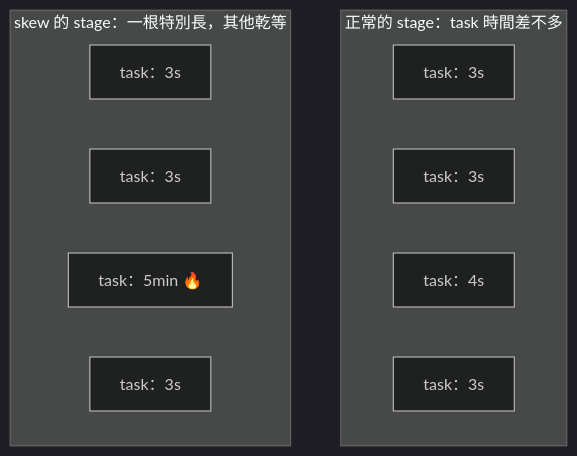
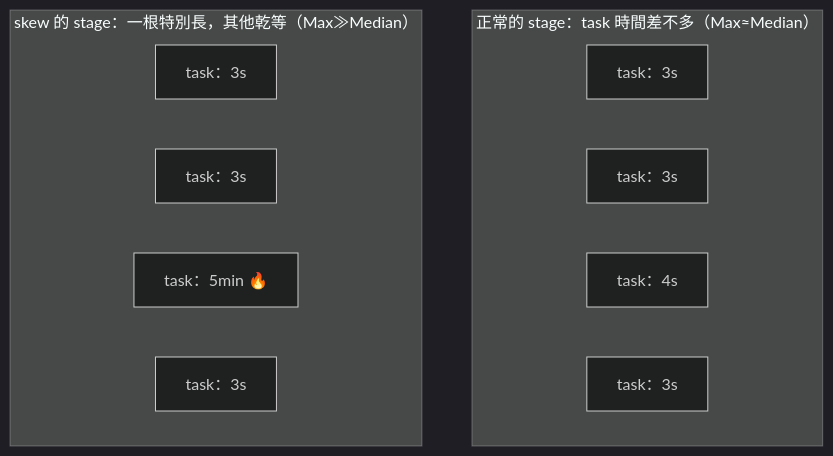
One commit to curtis-lu/recsys-demo changed the third of 3 diagrams in docs/handbooks/spark-tuning/02-diagnose-with-spark-ui.md. Above: the diagram before and after it, drawn with Mermaid (dark theme). The commit also changed other lines of this file and 1 other file, not shown here.

````diff
--- a/docs/handbooks/spark-tuning/02-diagnose-with-spark-ui.md
+++ b/docs/handbooks/spark-tuning/02-diagnose-with-spark-ui.md
@@ -165,17 +224,17 @@
 ```mermaid
 flowchart TB
-    subgraph OK["正常的 stage：task 時間差不多"]
+    subgraph OK["正常的 stage：task 時間差不多（Max≈Median）"]
         direction LR
         O1["task：3s"]
         O2["task：3s"]
         O3["task：4s"]
         O4["task：3s"]
     end
-    subgraph SKEW["skew 的 stage：一根特別長，其他乾等"]
+    subgraph SKEW["skew 的 stage：一根特別長，其他乾等（Max≫Median）"]
         direction LR
         K1["task：3s"]
         K2["task：3s"]
         K3["task：5min 🔥"]
         K4["task：3s"]
     end
 ```
````
